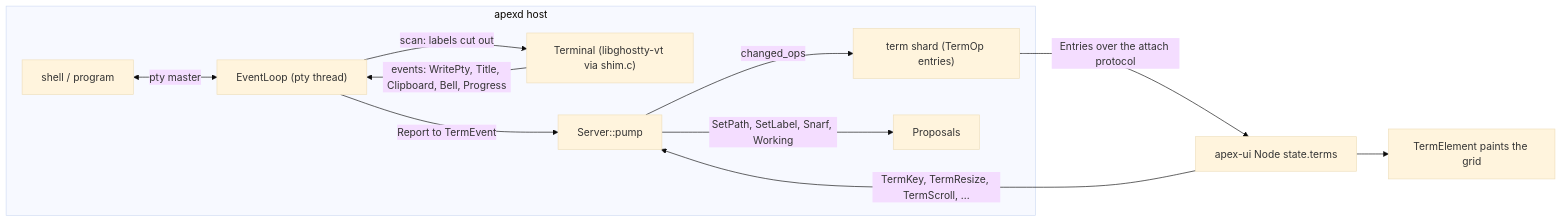
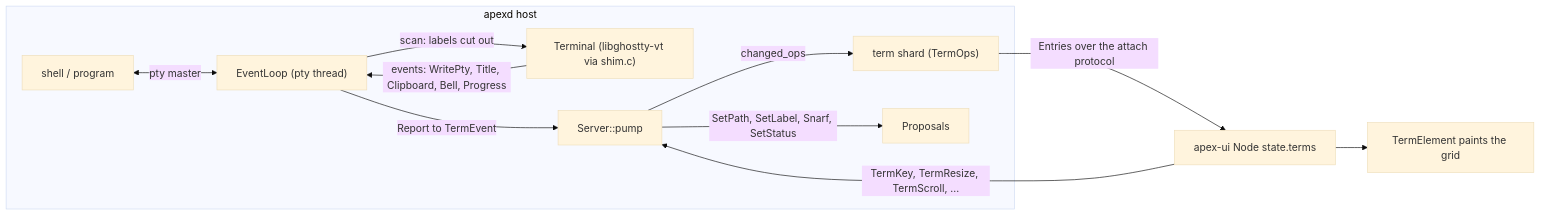
Before and after one commit to mariusae/apex: the first of 3 diagrams in docs/wiki/terminals.md, drawn with Mermaid (base theme). The commit also changed other lines of this file and 137 other files, not shown here.

````diff
--- a/docs/wiki/terminals.md
+++ b/docs/wiki/terminals.md
@@ -9,14 +9,14 @@
 ```mermaid
 flowchart LR
     subgraph Host["apexd host"]
         Shell["shell / program"] <-->|"pty master"| Loop["EventLoop (pty thread)"]
         Loop -->|"scan: labels cut out"| VT["Terminal (libghostty-vt via shim.c)"]
         VT -->|"events: WritePty, Title, Clipboard, Bell, Progress"| Loop
         Loop -->|"Report to TermEvent"| Srv["Server::pump"]
-        Srv -->|"changed_ops"| Shard["term shard (TermOp entries)"]
-        Srv -->|"SetPath, SetLabel, Snarf, Working"| Props["Proposals"]
+        Srv -->|"changed_ops"| Shard["term shard (TermOps)"]
+        Srv -->|"SetPath, SetLabel, Snarf, SetStatus"| Props["Proposals"]
     end
     Shard -->|"Entries over the attach protocol"| Client["apex-ui Node state.terms"]
     Client --> Paint["TermElement paints the grid"]
     Client -->|"TermKey, TermResize, TermScroll, ..."| Srv
 ```
````
